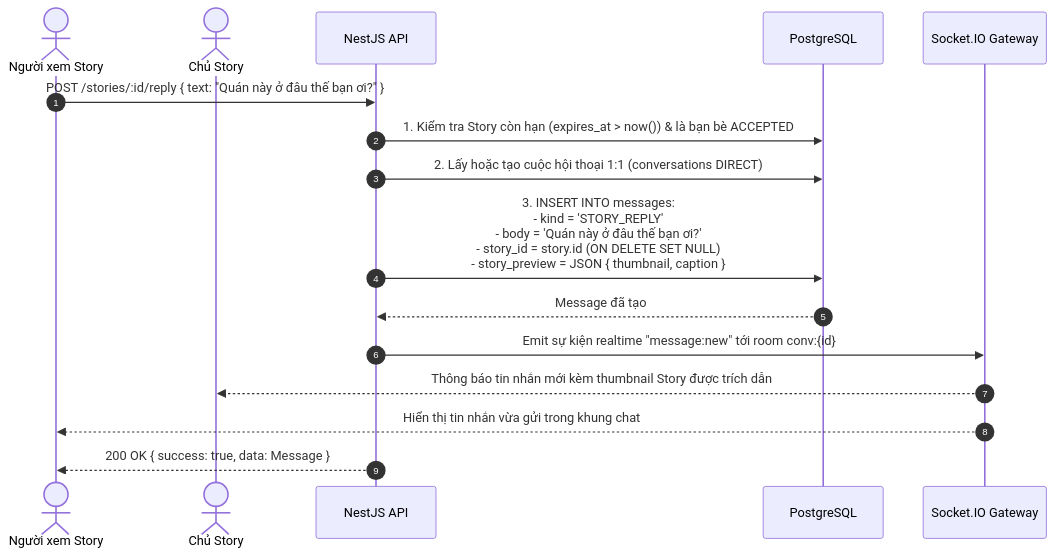
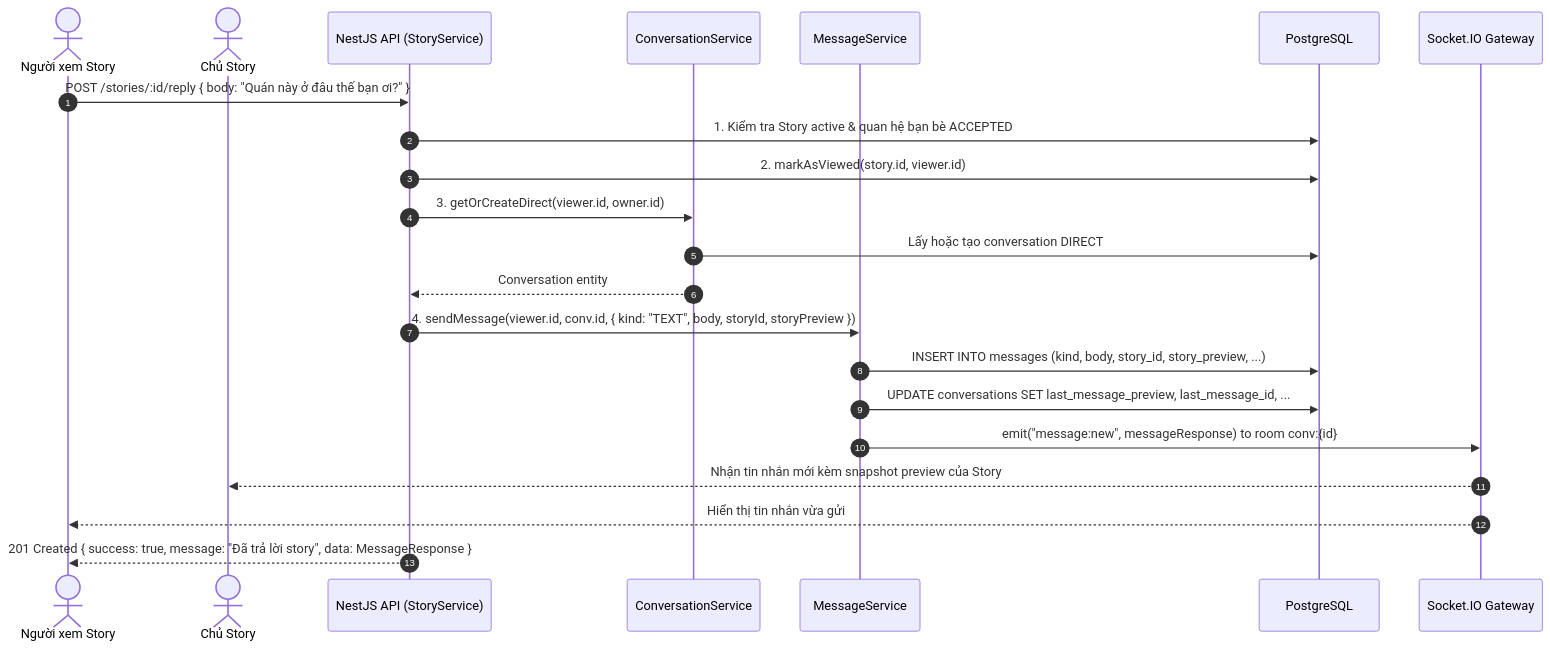
One commit to chanh-group/docs changed the seventh of 8 diagrams in STORIES_NOTES.md. Above: the diagram before and after it, drawn with Mermaid. The commit also changed other lines of this file and 6 other files, not shown here.

Commit message:
docs(story): document story reaction and reply API endpoints and sequence diagrams

````diff
--- a/STORIES_NOTES.md
+++ b/STORIES_NOTES.md
@@ -321,19 +325,25 @@
 ```mermaid
 sequenceDiagram
     autonumber
     actor Viewer as Người xem Story
     actor Owner as Chủ Story
-    participant API as NestJS API
+    participant API as NestJS API (StoryService)
+    participant Conv as ConversationService
+    participant Msg as MessageService
     participant DB as PostgreSQL
     participant WS as Socket.IO Gateway
 
-    Viewer->>API: POST /stories/:id/reply { text: "Quán này ở đâu thế bạn ơi?" }
-    API->>DB: 1. Kiểm tra Story còn hạn (expires_at > now()) & là bạn bè ACCEPTED
-    API->>DB: 2. Lấy hoặc tạo cuộc hội thoại 1:1 (conversations DIRECT)
-    API->>DB: 3. INSERT INTO messages:<br/>- kind = 'STORY_REPLY'<br/>- body = 'Quán này ở đâu thế bạn ơi?'<br/>- story_id = story.id (ON DELETE SET NULL)<br/>- story_preview = JSON { thumbnail, caption }
-    DB-->>API: Message đã tạo
-    API->>WS: Emit sự kiện realtime "message:new" tới room conv:{id}
-    WS-->>Owner: Thông báo tin nhắn mới kèm thumbnail Story được trích dẫn
-    WS-->>Viewer: Hiển thị tin nhắn vừa gửi trong khung chat
-    API-->>Viewer: 200 OK { success: true, data: Message }
+    Viewer->>API: POST /stories/:id/reply { body: "Quán này ở đâu thế bạn ơi?" }
+    API->>DB: 1. Kiểm tra Story active & quan hệ bạn bè ACCEPTED
+    API->>DB: 2. markAsViewed(story.id, viewer.id)
+    API->>Conv: 3. getOrCreateDirect(viewer.id, owner.id)
+    Conv->>DB: Lấy hoặc tạo conversation DIRECT
+    Conv-->>API: Conversation entity
+    API->>Msg: 4. sendMessage(viewer.id, conv.id, { kind: "TEXT", body, storyId, storyPreview })
+    Msg->>DB: INSERT INTO messages (kind, body, story_id, story_preview, ...)
+    Msg->>DB: UPDATE conversations SET last_message_preview, last_message_id, ...
+    Msg->>WS: emit("message:new", messageResponse) to room conv:{id}
+    WS-->>Owner: Nhận tin nhắn mới kèm snapshot preview của Story
+    WS-->>Viewer: Hiển thị tin nhắn vừa gửi
+    API-->>Viewer: 201 Created { success: true, message: "Đã trả lời story", data: MessageResponse }
 ```
````
